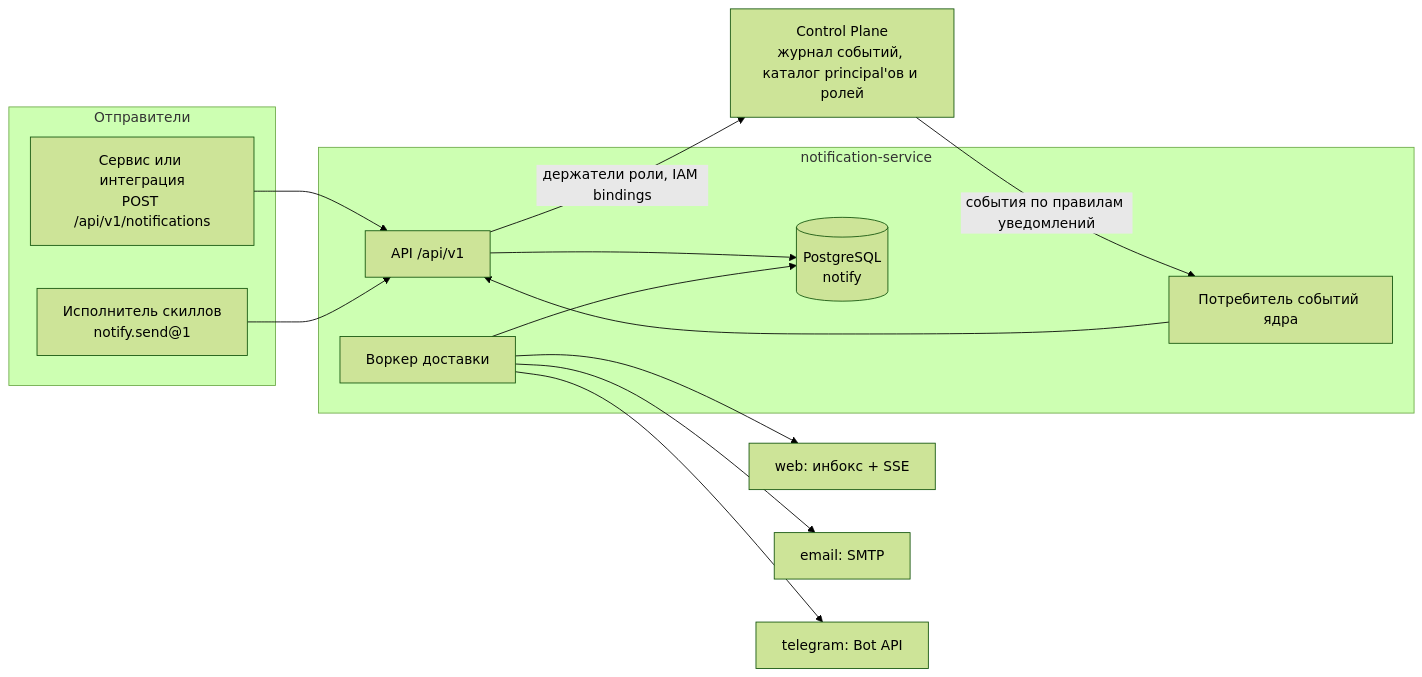
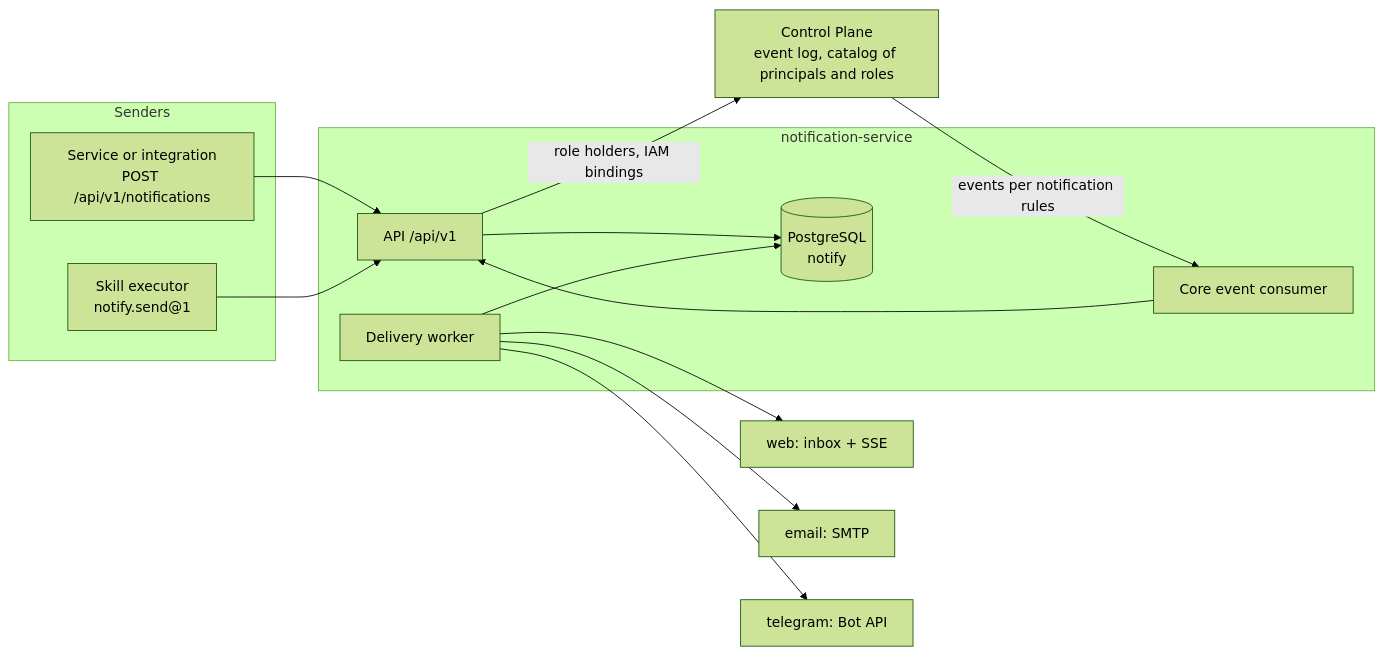
The first of 2 diagrams in guide/docs/notifications/index.md (monthu56/taimen), drawn with Mermaid (forest theme) before and after one commit. The commit also changed other lines of this file and 183 other files, not shown here.

````diff
--- a/guide/docs/notifications/index.md
+++ b/guide/docs/notifications/index.md
@@ -34,24 +33,24 @@
 ```mermaid
 flowchart LR
-    subgraph senders["Отправители"]
-        svc["Сервис или интеграция<br/>POST /api/v1/notifications"]
-        skill["Исполнитель скиллов<br/>notify.send@1"]
+    subgraph senders["Senders"]
+        svc["Service or integration<br/>POST /api/v1/notifications"]
+        skill["Skill executor<br/>notify.send@1"]
     end
-    cp["Control Plane<br/>журнал событий, каталог principal'ов и ролей"]
+    cp["Control Plane<br/>event log, catalog of principals and roles"]
     subgraph ns["notification-service"]
         api["API /api/v1"]
-        cons["Потребитель событий ядра"]
-        worker["Воркер доставки"]
+        cons["Core event consumer"]
+        worker["Delivery worker"]
         db[("PostgreSQL<br/>notify")]
     end
     svc --> api
     skill --> api
-    cp -- "события по правилам уведомлений" --> cons
+    cp -- "events per notification rules" --> cons
     cons --> api
-    api -- "держатели роли, IAM bindings" --> cp
+    api -- "role holders, IAM bindings" --> cp
     api --> db
     worker --> db
-    worker --> web["web: инбокс + SSE"]
+    worker --> web["web: inbox + SSE"]
     worker --> mail["email: SMTP"]
     worker --> tg["telegram: Bot API"]
 ```
````
